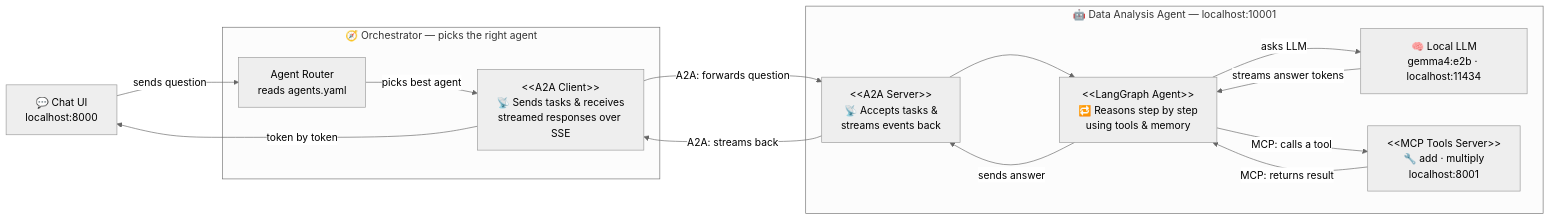
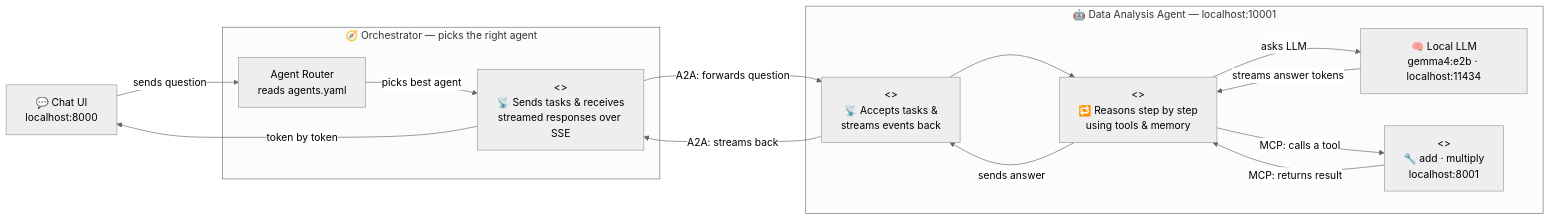
One commit to ai-with-ali/agentful changed the diagram in README.md. Above: the diagram before and after it, drawn with Mermaid (neutral theme). The commit also changed other lines of this file, not shown here.

````diff
--- a/README.md
+++ b/README.md
@@ -40,28 +47,28 @@
 ```mermaid
 flowchart LR
     User["💬 Chat UI\nlocalhost:8000"]
 
     subgraph Orchestrator ["🧭 Orchestrator — picks the right agent"]
         Router["Agent Router\nreads agents.yaml"]
-        Sender["&lt;&lt;A2A Client&gt;&gt;\n📡 Sends tasks & receives\nstreamed responses over SSE"]
+        Sender["<<A2A Client>>\n📡 Sends tasks & receives\nstreamed responses over SSE"]
     end
 
     subgraph Agent ["🤖 Data Analysis Agent — localhost:10001"]
-        Handler["&lt;&lt;A2A Server&gt;&gt;\n📡 Accepts tasks &\nstreams events back"]
-        Brain["&lt;&lt;LangGraph Agent&gt;&gt;\n🔁 Reasons step by step\nusing tools & memory"]
+        Handler["<<A2A Server>>\n📡 Accepts tasks &\nstreams events back"]
+        Brain["<<LangGraph Agent>>\n🔁 Reasons step by step\nusing tools & memory"]
         LLM["🧠 Local LLM\ngemma4:e2b · localhost:11434"]
-        Tools["&lt;&lt;MCP Tools Server&gt;&gt;\n🔧 add · multiply\nlocalhost:8001"]
+        Tools["<<MCP Tools Server>>\n🔧 add · multiply\nlocalhost:8001"]
     end
 
     User -- "sends question" --> Router
     Router -- "picks best agent" --> Sender
     Sender -- "A2A: forwards question" --> Handler
     Handler --> Brain
     Brain -- "asks LLM" --> LLM
     LLM -- "streams answer tokens" --> Brain
     Brain -- "MCP: calls a tool" --> Tools
     Tools -- "MCP: returns result" --> Brain
     Brain -- "sends answer" --> Handler
     Handler -- "A2A: streams back" --> Sender
     Sender -- "token by token" --> User
 ```
````
